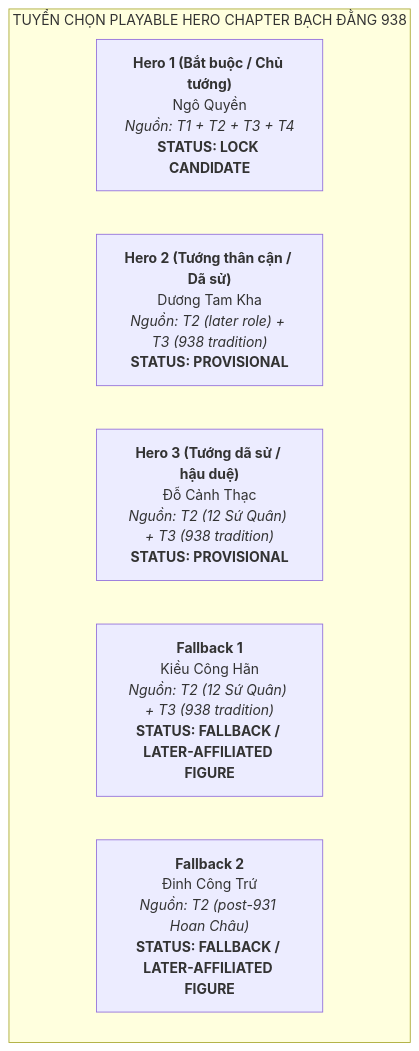
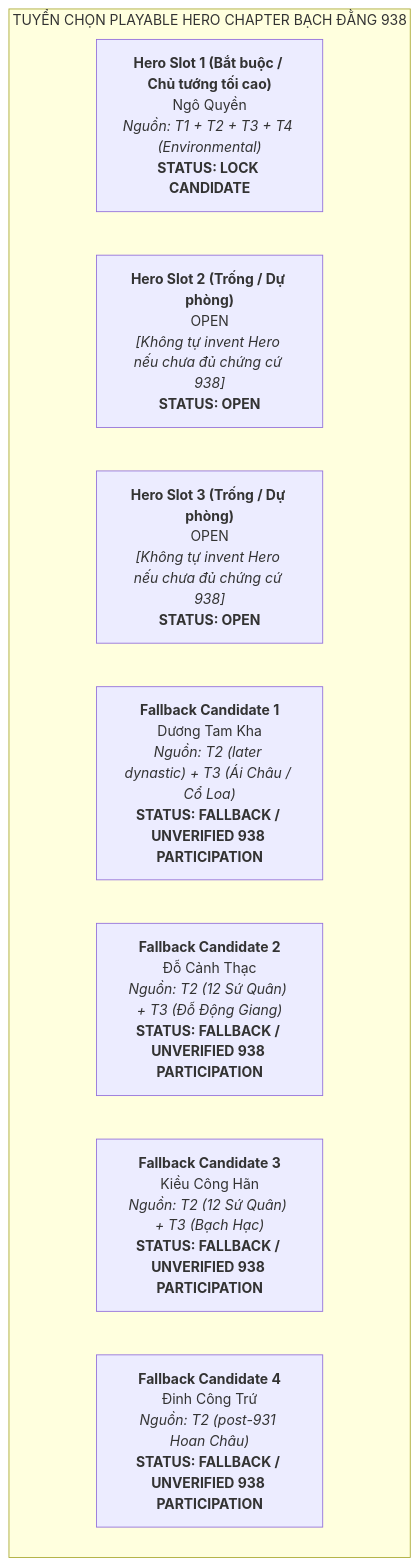
Before and after one commit to LightDucan/HuyenSu-TD: the first of 3 diagrams in docs/drafts/viet-su/ngo-quyen-938/roster-selection.md, drawn with Mermaid. The commit also changed other lines of this file and 2 other files, not shown here.

Commit message:
docs(viet-su): synchronize 938 evidence, 2026 archaeology and roster status

````diff
--- a/docs/drafts/viet-su/ngo-quyen-938/roster-selection.md
+++ b/docs/drafts/viet-su/ngo-quyen-938/roster-selection.md
@@ -30,14 +30,18 @@
 ```mermaid
 graph TD
     subgraph TUYỂN CHỌN PLAYABLE HERO CHAPTER BẠCH ĐẰNG 938
-        H1["<b>Hero 1 (Bắt buộc / Chủ tướng)</b><br>Ngô Quyền<br><i>Nguồn: T1 + T2 + T3 + T4</i><br><b>STATUS: LOCK CANDIDATE</b>"]
+        H1["<b>Hero Slot 1 (Bắt buộc / Chủ tướng tối cao)</b><br>Ngô Quyền<br><i>Nguồn: T1 + T2 + T3 + T4 (Environmental)</i><br><b>STATUS: LOCK CANDIDATE</b>"]
 
-        H2["<b>Hero 2 (Tướng thân cận / Dã sử)</b><br>Dương Tam Kha<br><i>Nguồn: T2 (later role) + T3 (938 tradition)</i><br><b>STATUS: PROVISIONAL</b>"]
+        H2["<b>Hero Slot 2 (Trống / Dự phòng)</b><br>OPEN<br><i>[Không tự invent Hero nếu chưa đủ chứng cứ 938]</i><br><b>STATUS: OPEN</b>"]
 
-        H3["<b>Hero 3 (Tướng dã sử / hậu duệ)</b><br>Đỗ Cảnh Thạc<br><i>Nguồn: T2 (12 Sứ Quân) + T3 (938 tradition)</i><br><b>STATUS: PROVISIONAL</b>"]
+        H3["<b>Hero Slot 3 (Trống / Dự phòng)</b><br>OPEN<br><i>[Không tự invent Hero nếu chưa đủ chứng cứ 938]</i><br><b>STATUS: OPEN</b>"]
 
-        F1["<b>Fallback 1</b><br>Kiều Công Hãn<br><i>Nguồn: T2 (12 Sứ Quân) + T3 (938 tradition)</i><br><b>STATUS: FALLBACK / LATER-AFFILIATED FIGURE</b>"]
+        F1["<b>Fallback Candidate 1</b><br>Dương Tam Kha<br><i>Nguồn: T2 (later dynastic) + T3 (Ái Châu / Cổ Loa)</i><br><b>STATUS: FALLBACK / UNVERIFIED 938 PARTICIPATION</b>"]
 
-        F2["<b>Fallback 2</b><br>Đinh Công Trứ<br><i>Nguồn: T2 (post-931 Hoan Châu)</i><br><b>STATUS: FALLBACK / LATER-AFFILIATED FIGURE</b>"]
+        F2["<b>Fallback Candidate 2</b><br>Đỗ Cảnh Thạc<br><i>Nguồn: T2 (12 Sứ Quân) + T3 (Đỗ Động Giang)</i><br><b>STATUS: FALLBACK / UNVERIFIED 938 PARTICIPATION</b>"]
+
+        F3["<b>Fallback Candidate 3</b><br>Kiều Công Hãn<br><i>Nguồn: T2 (12 Sứ Quân) + T3 (Bạch Hạc)</i><br><b>STATUS: FALLBACK / UNVERIFIED 938 PARTICIPATION</b>"]
+
+        F4["<b>Fallback Candidate 4</b><br>Đinh Công Trứ<br><i>Nguồn: T2 (post-931 Hoan Châu)</i><br><b>STATUS: FALLBACK / UNVERIFIED 938 PARTICIPATION</b>"]
     end
 ```
````
